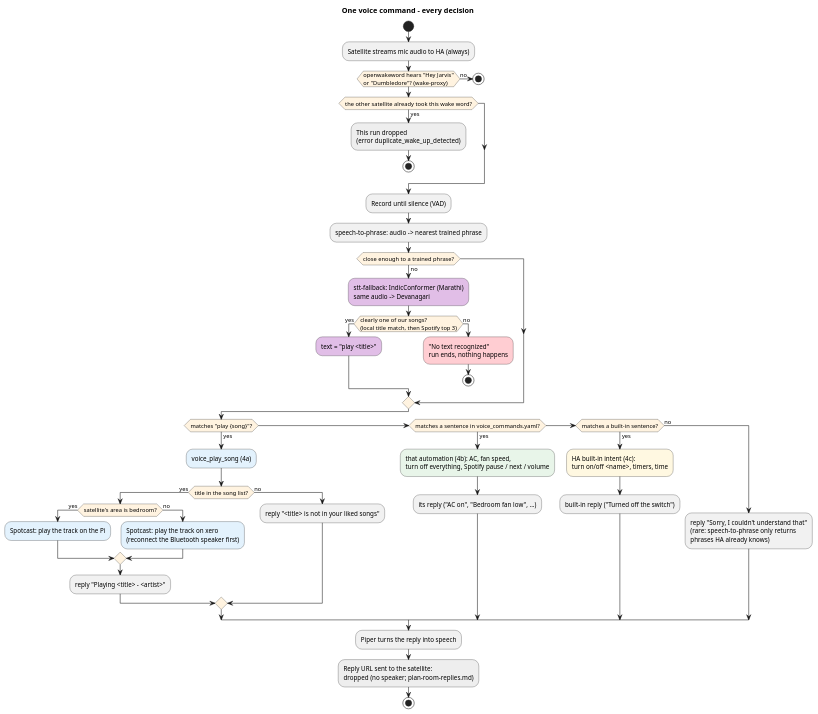
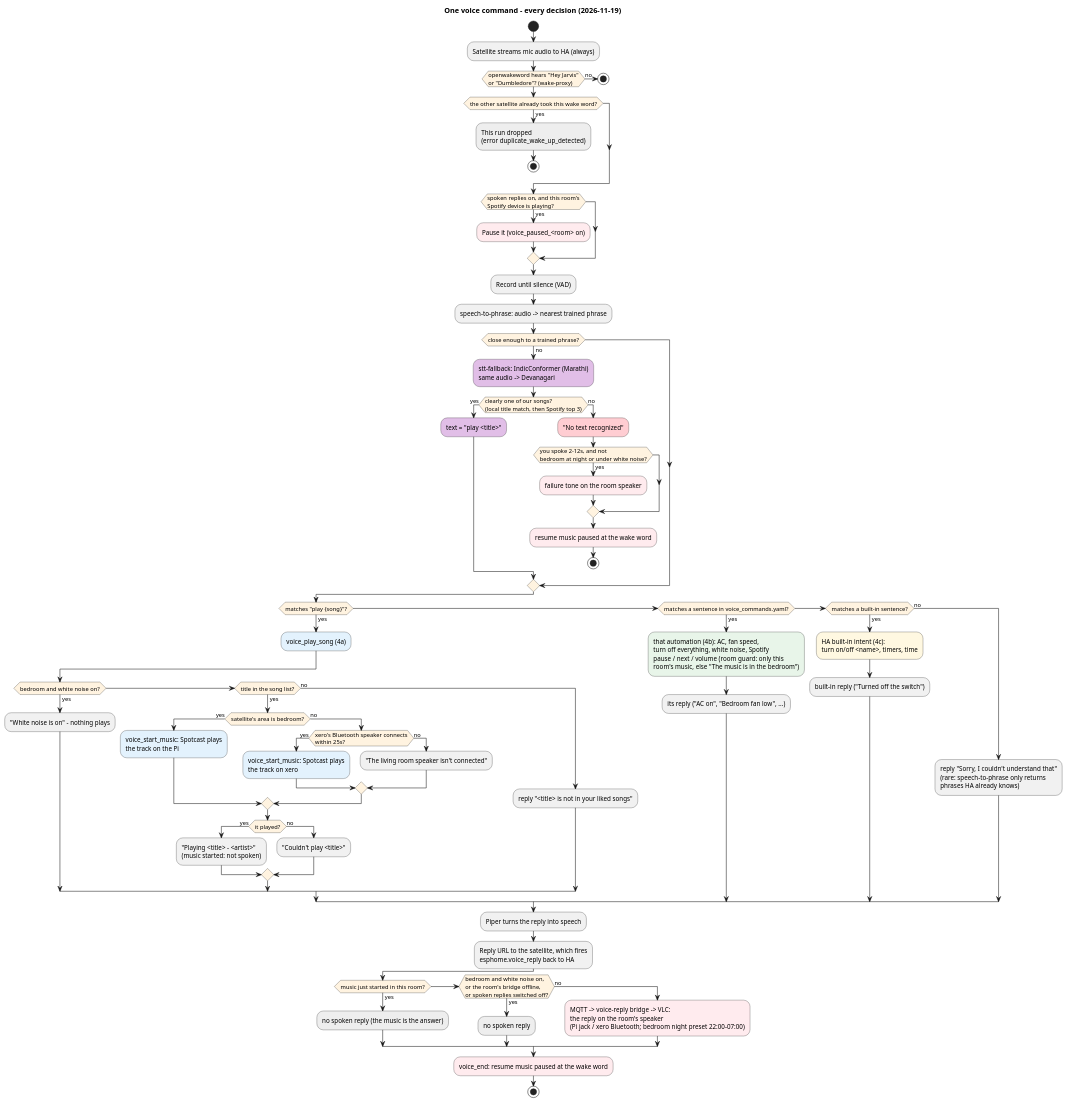
The diagram in projects/voice-assistant/intent_routing.puml (pjangam/homelab), drawn with PlantUML before and after one commit. The commit also changed 10 other files, not shown here.

First line of the commit message:
voice-assistant: diagrams and README catch up with spoken replies; why the wake word runs on xero

```diff
--- a/projects/voice-assistant/intent_routing.puml
+++ b/projects/voice-assistant/intent_routing.puml
@@ -1,63 +1,93 @@
 @startuml
 ' Which way one voice command goes: every decision between "Hey Jarvis"
 ' and what you hear. Render: projects/voice-assistant/render_architecture.sh
-title One voice command - every decision
+title One voice command - every decision (2026-11-19)
 
 skinparam shadowing false
 skinparam defaultFontName Helvetica
 skinparam ActivityDiamondBackgroundColor #FFF3E0
 
 start
 :Satellite streams mic audio to HA (always);
 if (openwakeword hears "Hey Jarvis"\nor "Dumbledore"? (wake-proxy)) then (no)
   stop
 endif
 if (the other satellite already took this wake word?) then (yes)
   #EEEEEE:This run dropped
   (error duplicate_wake_up_detected);
   stop
 endif
+if (spoken replies on, and this room's\nSpotify device is playing?) then (yes)
+  #FFEBEE:Pause it (voice_paused_<room> on);
+endif
 :Record until silence (VAD);
 :speech-to-phrase: audio -> nearest trained phrase;
 if (close enough to a trained phrase?) then (no)
   #E1BEE7:stt-fallback: IndicConformer (Marathi)
   same audio -> Devanagari;
   if (clearly one of our songs?\n(local title match, then Spotify top 3)) then (yes)
     #E1BEE7:text = "play <title>";
   else (no)
-    #FFCDD2:"No text recognized"
-    run ends, nothing happens;
+    #FFCDD2:"No text recognized";
+    if (you spoke 2-12s, and not\nbedroom at night or under white noise?) then (yes)
+      #FFEBEE:failure tone on the room speaker;
+    endif
+    #FFEBEE:resume music paused at the wake word;
     stop
   endif
 endif
 if (matches "play {song}"?) then (yes)
   #E3F2FD:voice_play_song (4a);
-  if (title in the song list?) then (yes)
+  if (bedroom and white noise on?) then (yes)
+    :"White noise is on" - nothing plays;
+  elseif (title in the song list?) then (yes)
     if (satellite's area is bedroom?) then (yes)
-      #E3F2FD:Spotcast: play the track on the Pi;
+      #E3F2FD:voice_start_music: Spotcast plays
+      the track on the Pi;
     else (no)
-      #E3F2FD:Spotcast: play the track on xero
-      (reconnect the Bluetooth speaker first);
+      if (xero's Bluetooth speaker connects\nwithin 25s?) then (yes)
+        #E3F2FD:voice_start_music: Spotcast plays
+        the track on xero;
+      else (no)
+        :"The living room speaker isn't connected";
+      endif
     endif
-    :reply "Playing <title> - <artist>";
+    if (it played?) then (yes)
+      :"Playing <title> - <artist>"
+      (music started: not spoken);
+    else (no)
+      :"Couldn't play <title>";
+    endif
   else (no)
     :reply "<title> is not in your liked songs";
   endif
 elseif (matches a sentence in voice_commands.yaml?) then (yes)
   #E8F5E9:that automation (4b): AC, fan speed,
-  turn off everything, Spotify pause / next / volume;
+  turn off everything, white noise, Spotify
+  pause / next / volume (room guard: only this
+  room's music, else "The music is in the bedroom");
   :its reply ("AC on", "Bedroom fan low", ...);
 elseif (matches a built-in sentence?) then (yes)
   #FFF8E1:HA built-in intent (4c):
   turn on/off <name>, timers, time;
   :built-in reply ("Turned off the switch");
 else (no)
   :reply "Sorry, I couldn't understand that"
   (rare: speech-to-phrase only returns
   phrases HA already knows);
 endif
 :Piper turns the reply into speech;
-#EEEEEE:Reply URL sent to the satellite:
-dropped (no speaker; plan-room-replies.md);
+:Reply URL to the satellite, which fires
+esphome.voice_reply back to HA;
+if (music just started in this room?) then (yes)
+  #EEEEEE:no spoken reply (the music is the answer);
+elseif (bedroom and white noise on,\nor the room's bridge offline,\nor spoken replies switched off?) then (yes)
+  #EEEEEE:no spoken reply;
+else (no)
+  #FFEBEE:MQTT -> voice-reply bridge -> VLC:
+  the reply on the room's speaker
+  (Pi jack / xero Bluetooth; bedroom night preset 22:00-07:00);
+endif
+#FFEBEE:voice_end: resume music paused at the wake word;
 stop
 @enduml
```
